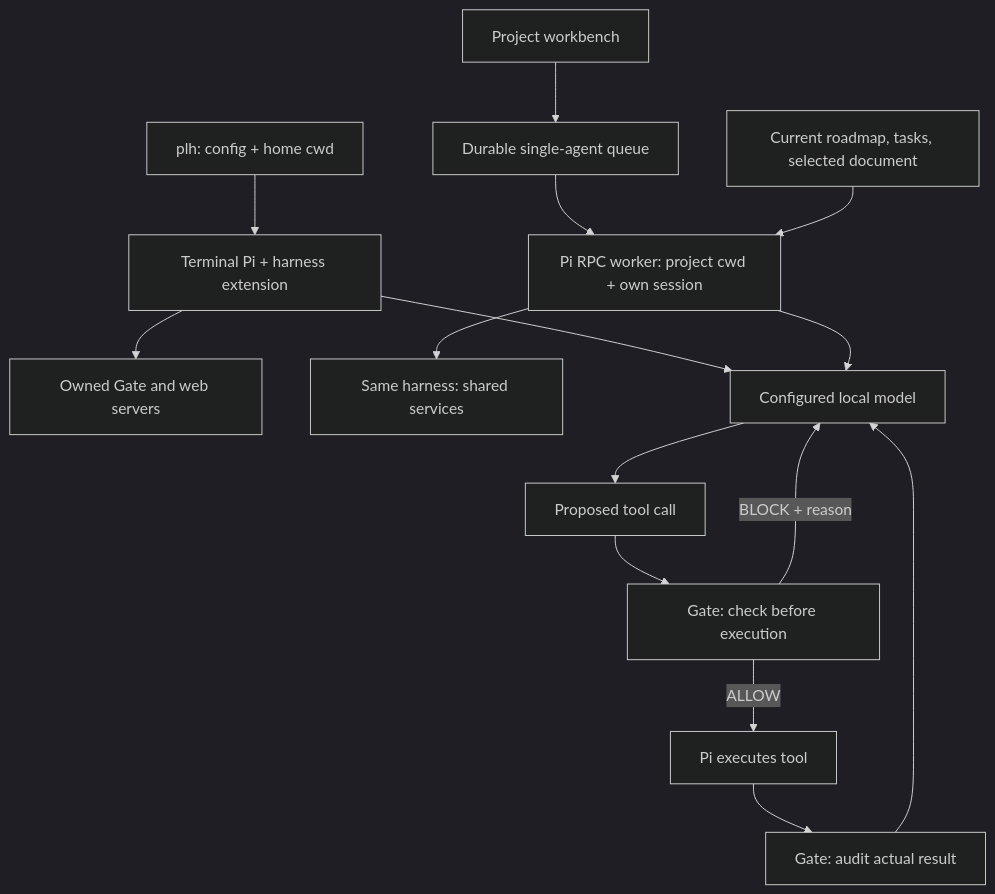
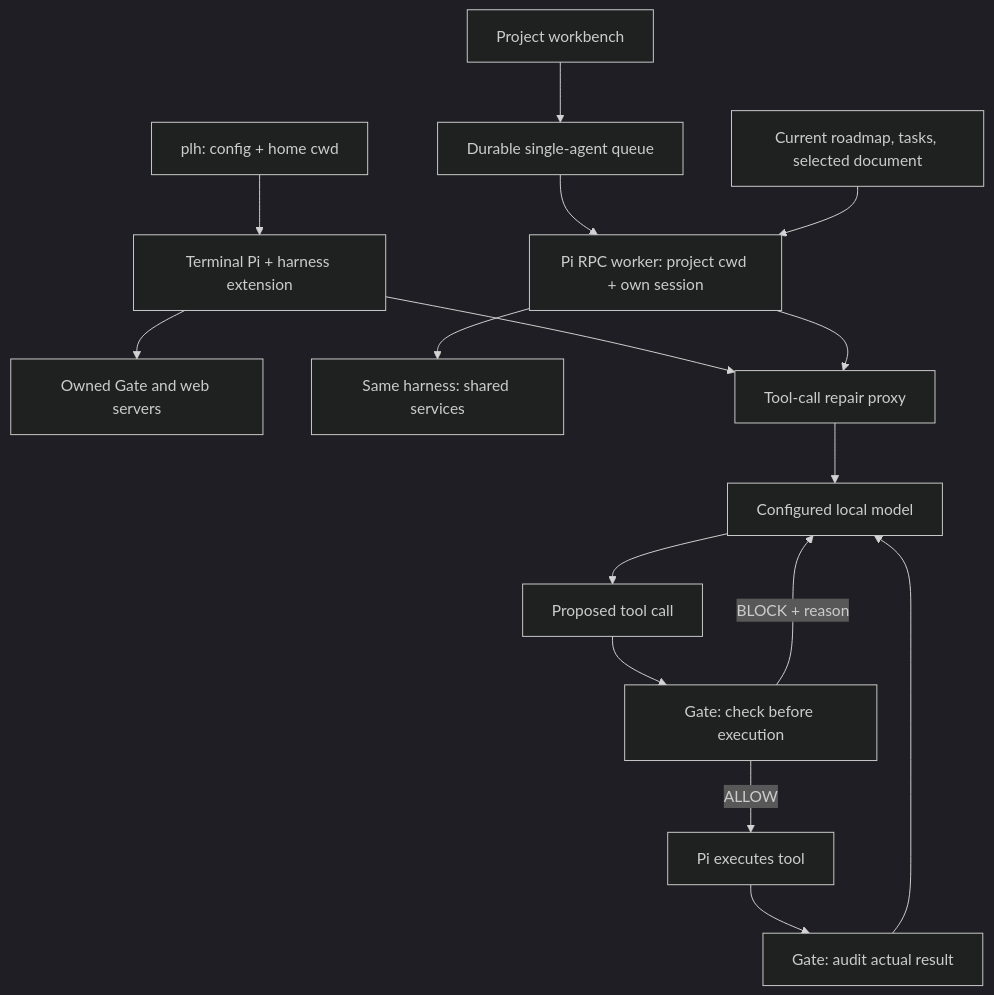
One commit to KakkoiDev/pi-local-harness changed the diagram in docs/reference.md. Above: the diagram before and after it, drawn with Mermaid (dark theme). The commit also changed other lines of this file and 30 other files, not shown here.

First line of the commit message:
feat: small models' tool calls written as text run as real calls, and every model answers tersely (task 326)

````diff
--- a/docs/reference.md
+++ b/docs/reference.md
@@ -175,17 +175,18 @@
 ```mermaid
 flowchart TD
     Launch[plh: config + home cwd] --> Pi[Terminal Pi + harness extension]
     Pi --> Services[Owned Gate and web servers]
     Browser[Project workbench] --> Queue[Durable single-agent queue]
     Queue --> Worker[Pi RPC worker: project cwd + own session]
     Docs[Current roadmap, tasks, selected document] --> Worker
     Worker --> Extension[Same harness: shared services]
-    Pi --> Model[Configured local model]
-    Worker --> Model
+    Pi --> Repair[Tool-call repair proxy]
+    Worker --> Repair
+    Repair --> Model[Configured local model]
     Model --> Proposal[Proposed tool call]
     Proposal --> Gate[Gate: check before execution]
     Gate -->|ALLOW| Tool[Pi executes tool]
     Gate -->|BLOCK + reason| Model
     Tool --> Audit[Gate: audit actual result]
     Audit --> Model
 ```
````
